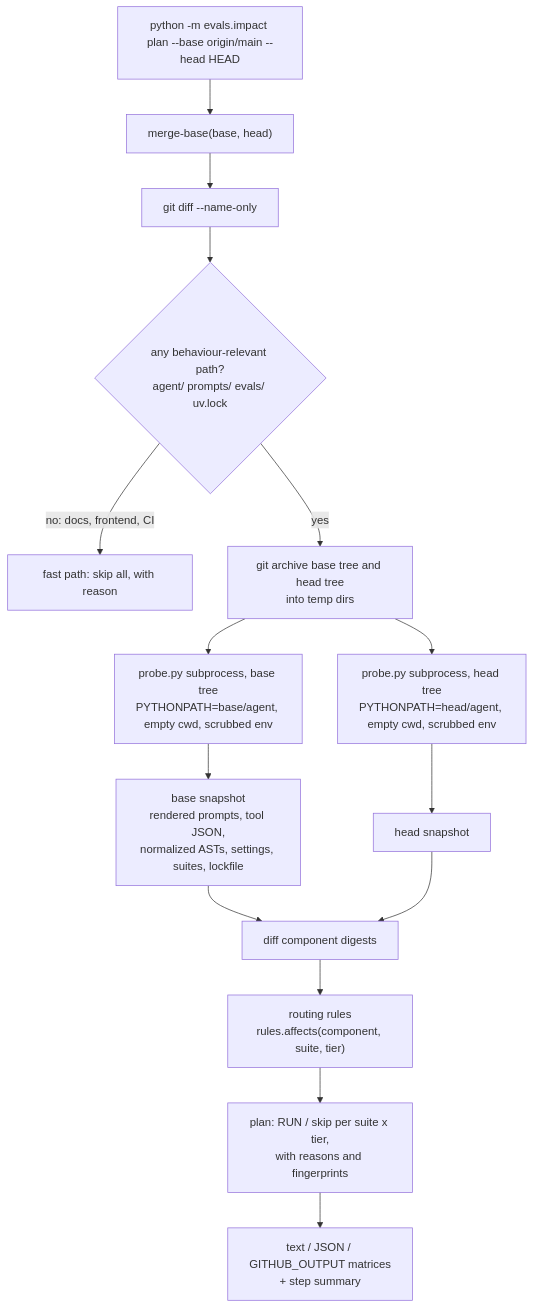
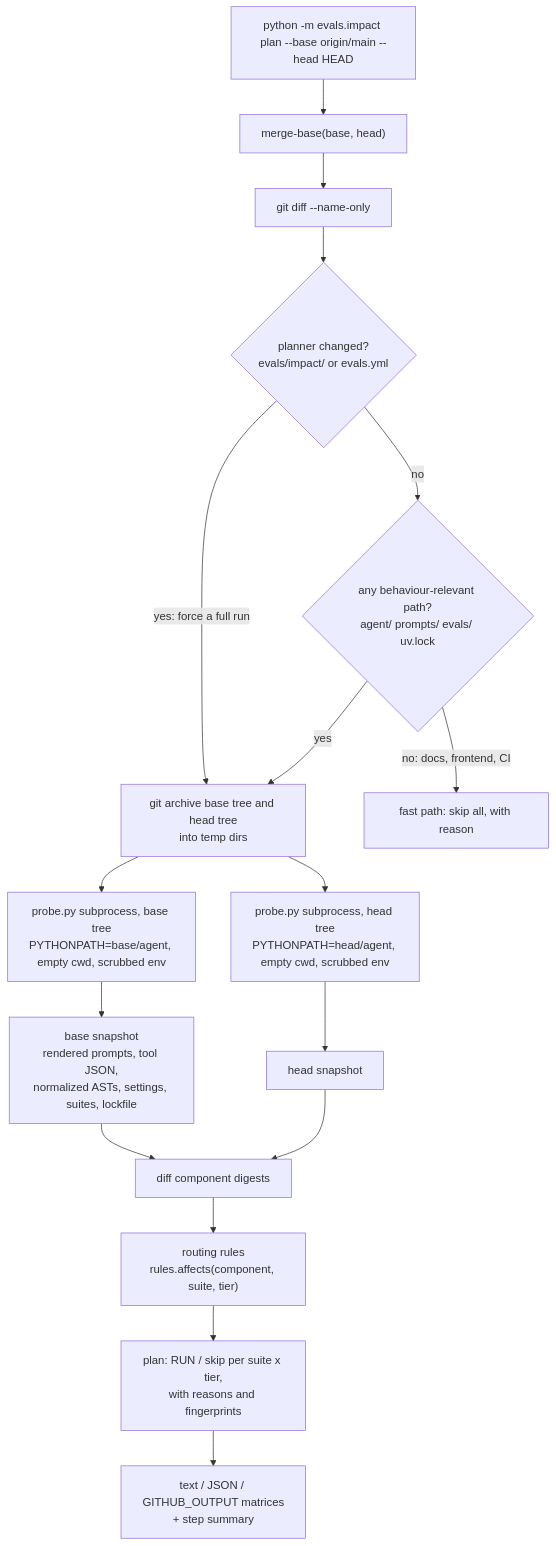
One commit to andreasbloomquist/gpt-live-demo changed the fourth of 5 diagrams in docs/evals.md. Above: the diagram before and after it, drawn with Mermaid. The commit also changed other lines of this file and 2 other files, not shown here.

First line of the commit message:
Docs: sync eval docs with review fixes (trusted planner, routing, runners, CI split)

````diff
--- a/docs/evals.md
+++ b/docs/evals.md
@@ -383,17 +414,19 @@
 ```mermaid
 flowchart TB
     A["python -m evals.impact plan --base origin/main --head HEAD"] --> MB["merge-base(base, head)"]
     MB --> CF["git diff --name-only"]
-    CF --> FP{"any behaviour-relevant path?<br/>agent/ prompts/ evals/ uv.lock"}
+    CF --> PC{"planner changed?<br/>evals/impact/ or evals.yml"}
+    PC -- "yes: force a full run" --> EX
+    PC -- "no" --> FP{"any behaviour-relevant path?<br/>agent/ prompts/ evals/ uv.lock"}
     FP -- "no: docs, frontend, CI" --> FAST["fast path: skip all, with reason"]
     FP -- "yes" --> EX["git archive base tree and head tree<br/>into temp dirs"]
     EX --> PB["probe.py subprocess, base tree<br/>PYTHONPATH=base/agent, empty cwd, scrubbed env"]
     EX --> PH["probe.py subprocess, head tree<br/>PYTHONPATH=head/agent, empty cwd, scrubbed env"]
     PB --> SB["base snapshot<br/>rendered prompts, tool JSON,<br/>normalized ASTs, settings, suites, lockfile"]
     PH --> SH["head snapshot"]
     SB --> DIFF["diff component digests"]
     SH --> DIFF
     DIFF --> RULES["routing rules<br/>rules.affects(component, suite, tier)"]
     RULES --> PLAN["plan: RUN / skip per suite x tier,<br/>with reasons and fingerprints"]
     PLAN --> OUT["text / JSON / GITHUB_OUTPUT matrices<br/>+ step summary"]
 ```
````
